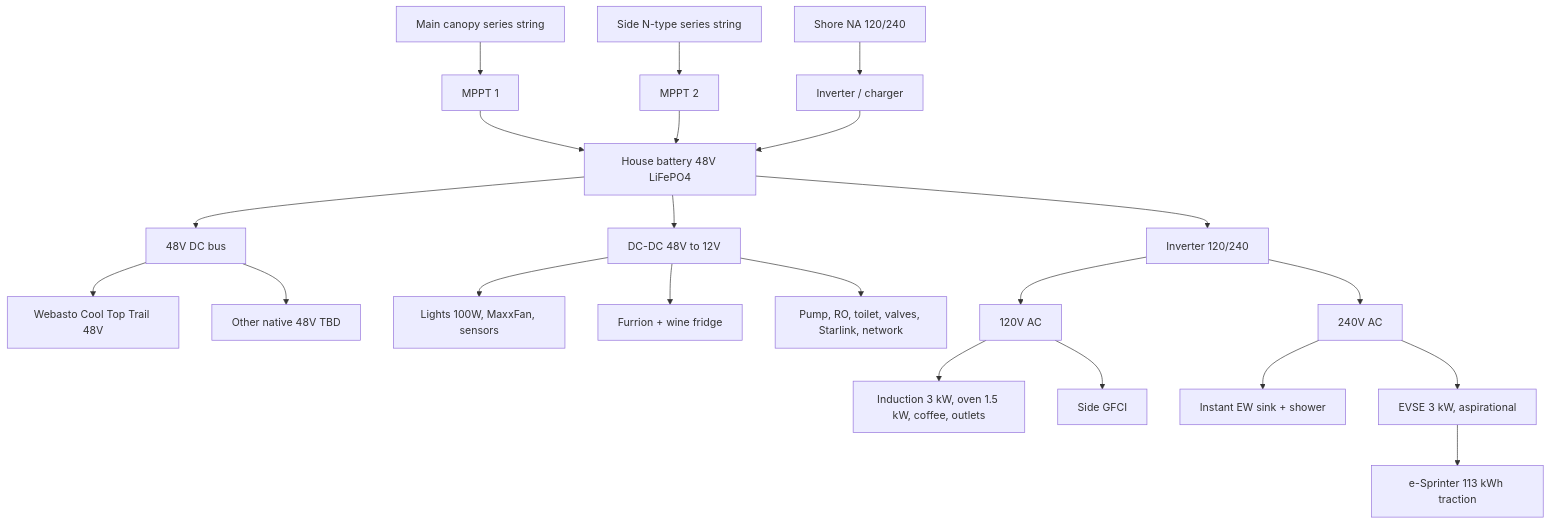
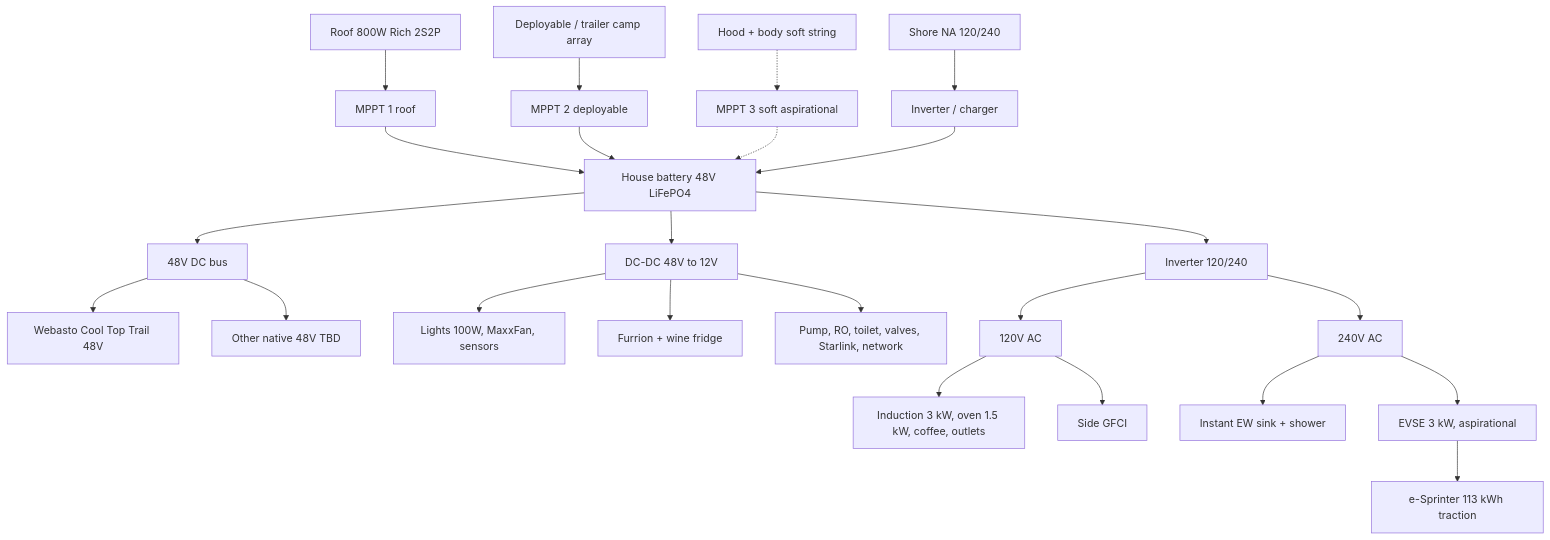
Before and after one commit to ehoogerbeets/vango: the diagram in docs/02-architecture/electrical.md, drawn with Mermaid. The commit also changed other lines of this file and 22 other files, not shown here.

````diff
--- a/docs/02-architecture/electrical.md
+++ b/docs/02-architecture/electrical.md
@@ -34,28 +34,30 @@
 ```mermaid
 flowchart TD
-  zone1[Main canopy series string] --> mppt1[MPPT 1]
-  zone2[Side N-type series string] --> mppt2[MPPT 2]
+  roof[Roof 800W Rich 2S2P] --> mppt1[MPPT 1 roof]
+  deploy[Deployable / trailer camp array] --> mppt2[MPPT 2 deployable]
+  soft[Hood + body soft string] -.-> mppt3[MPPT 3 soft aspirational]
   mppt1 --> batt[House battery 48V LiFePO4]
   mppt2 --> batt
+  mppt3 -.-> batt
   shore[Shore NA 120/240] --> ic[Inverter / charger]
   ic --> batt
   traction[e-Sprinter 113 kWh traction]
 
   batt --> dc48[48V DC bus]
   dc48 --> hp[Webasto Cool Top Trail 48V]
   dc48 --> other48[Other native 48V TBD]
 
   batt --> dcdc[DC-DC 48V to 12V]
   dcdc --> lights[Lights 100W, MaxxFan, sensors]
   dcdc --> fridge[Furrion + wine fridge]
   dcdc --> lv[Pump, RO, toilet, valves, Starlink, network]
 
   batt --> inv[Inverter 120/240]
   inv --> ac120[120V AC]
   ac120 --> cook[Induction 3 kW, oven 1.5 kW, coffee, outlets]
   ac120 --> ext[Side GFCI]
   inv --> ac240[240V AC]
   ac240 --> hw[Instant EW sink + shower]
   ac240 --> evse[EVSE 3 kW, aspirational]
   evse --> traction
 ```
````
